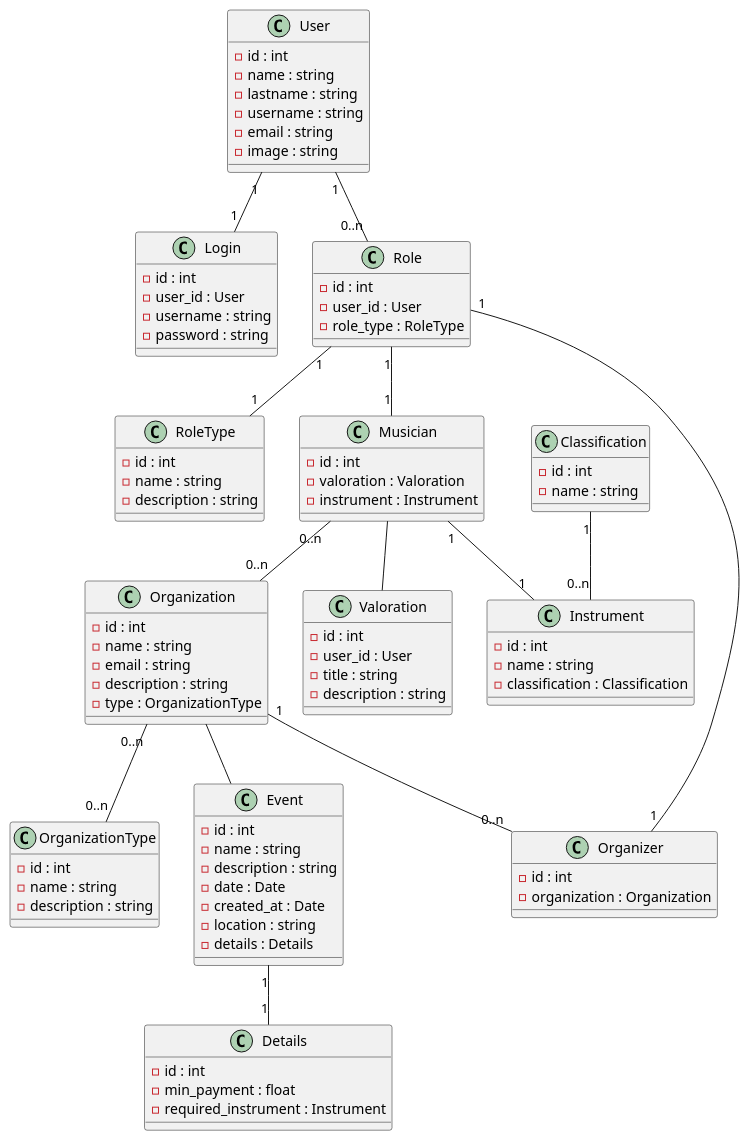
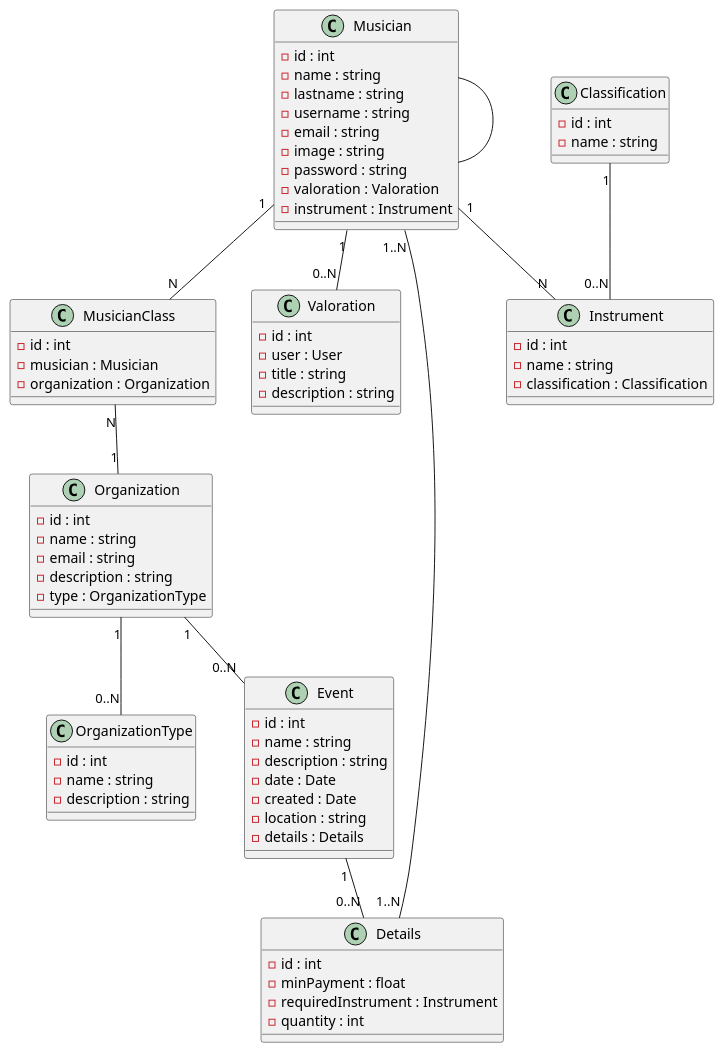
Before and after one commit to Josep02/BandBridge: the diagram in docs/diagrama de classes.puml, drawn with PlantUML. The commit also changed 2 other files, not shown here.

Commit message:
Diagrams updated

```diff
--- a/docs/diagrama de classes.puml
+++ b/docs/diagrama de classes.puml
@@ -1,109 +1,84 @@
 @startuml
-
-class User {
+class Musician {
     - id : int
     - name : string
     - lastname : string
     - username : string
     - email : string
     - image : string
-}
-
-class Login {
-    - id : int
-    - user_id : User
-    - username : string
     - password : string
-}
-
-class Role {
-    - id : int
-    - user_id : User
-    - role_type : RoleType
-}
-
-class RoleType {
-    - id : int
-    - name : string
-    - description : string
-}
-
-class Musician {
-    - id : int
     - valoration : Valoration
     - instrument : Instrument
 }
 
-class Organizer {
+class MusicianClass {
     - id : int
+    - musician : Musician
     - organization : Organization
 }
 
 class Organization {
     - id : int
     - name : string
     - email : string
     - description : string
     - type : OrganizationType
 }
 
 class OrganizationType {
     - id : int
     - name : string
     - description : string
 }
 
 class Valoration {
     - id : int
-    - user_id : User
+    - user : User
     - title : string
     - description : string
 }
 
 class Event {
     - id : int
     - name : string
     - description : string
     - date : Date
-    - created_at : Date
+    - created : Date
     - location : string
     - details : Details
 }
 
 class Details {
     - id : int
-    - min_payment : float
-    - required_instrument : Instrument
+    - minPayment : float
+    - requiredInstrument : Instrument
+    - quantity : int
 }
 
 class Classification {
     - id : int
     - name : string
 }
 
 class Instrument {
     - id : int
     - name : string
     - classification : Classification
 }
 
-User "1" -- "1" Login
-User "1" -- "0..n" Role
+Musician -- Musician
+Musician "1" -- "0..N" Valoration
+Musician "1" -- "N" Instrument
+Musician "1" -- "N" MusicianClass
+Musician "1..N" -- "1..N" Details
 
-Role "1" -- "1" RoleType
-Role "1" -- "1" Musician
-Role "1" -- "1" Organizer
+MusicianClass "N" -- "1" Organization
 
-Musician -- Valoration
-Musician "1" -- "1" Instrument
-Musician "0..n" -- "0..n" Organization
+Organization "1" -- "0..N" OrganizationType
+Organization "1" -- "0..N" Event
 
-Organization "1" -- "0..n" Organizer
-Organization "0..n" -- "0..n" OrganizationType
-Organization -- Event
+Classification "1" -- "0..N" Instrument
 
-Classification "1" -- "0..n" Instrument
-
-Event "1" -- "1" Details
+Event "1" -- "0..N" Details
 
 @enduml
```
